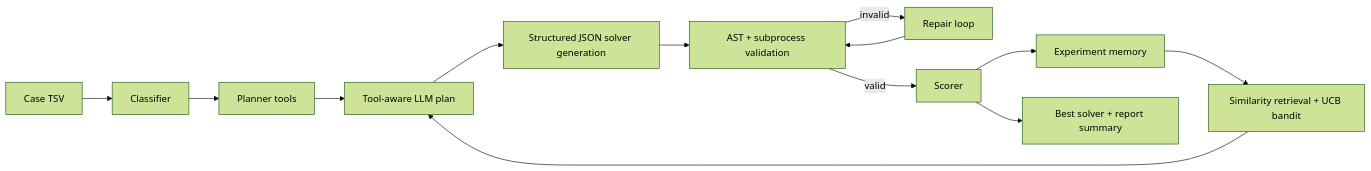
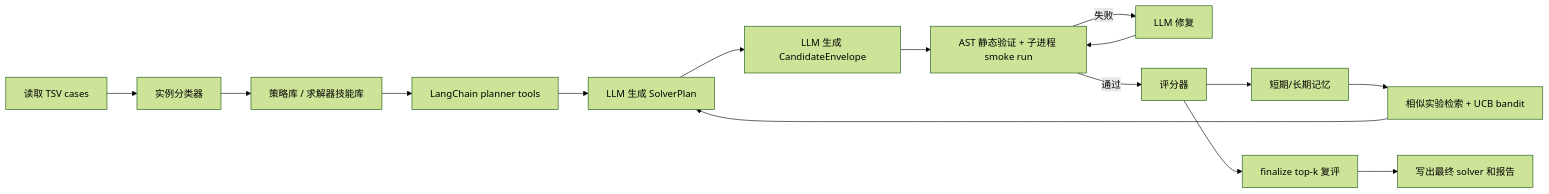
One commit to ling101w/AutoSolver changed the diagram in README_langchain_agent.md. Above: the diagram before and after it, drawn with Mermaid (forest theme). The commit also changed other lines of this file and 3 other files, not shown here.

````diff
--- a/README_langchain_agent.md
+++ b/README_langchain_agent.md
@@ -7,15 +113,17 @@
 ```mermaid
 flowchart LR
-  A["Case TSV"] --> B["Classifier"]
-  B --> C["Planner tools"]
-  C --> D["Tool-aware LLM plan"]
-  D --> E["Structured JSON solver generation"]
-  E --> F["AST + subprocess validation"]
-  F -->|invalid| G["Repair loop"]
-  G --> F
-  F -->|valid| H["Scorer"]
-  H --> I["Experiment memory"]
-  I --> J["Similarity retrieval + UCB bandit"]
-  J --> D
-  H --> K["Best solver + report summary"]
+  A["读取 TSV cases"] --> B["实例分类器"]
+  B --> C["策略库 / 求解器技能库"]
+  C --> D["LangChain planner tools"]
+  D --> E["LLM 生成 SolverPlan"]
+  E --> F["LLM 生成 CandidateEnvelope"]
+  F --> G["AST 静态验证 + 子进程 smoke run"]
+  G -->|失败| H["LLM 修复"]
+  H --> G
+  G -->|通过| I["评分器"]
+  I --> J["短期/长期记忆"]
+  J --> K["相似实验检索 + UCB bandit"]
+  K --> E
+  I --> L["finalize top-k 复评"]
+  L --> M["写出最终 solver 和报告"]
 ```
````
